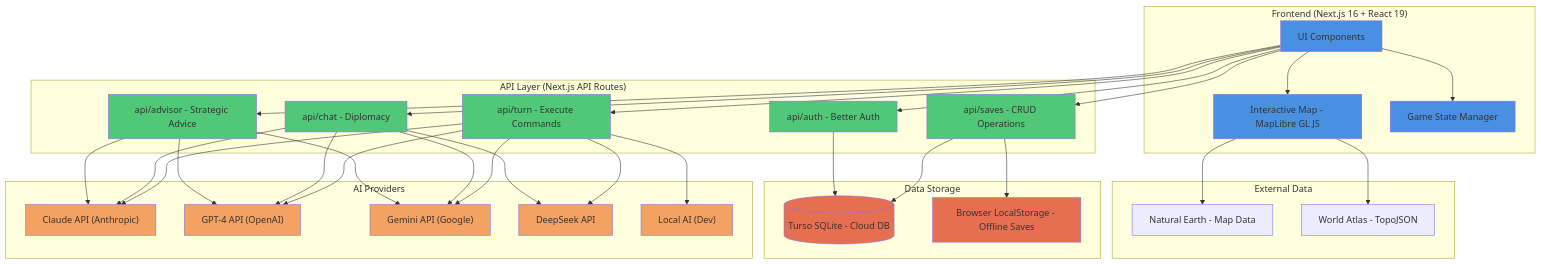
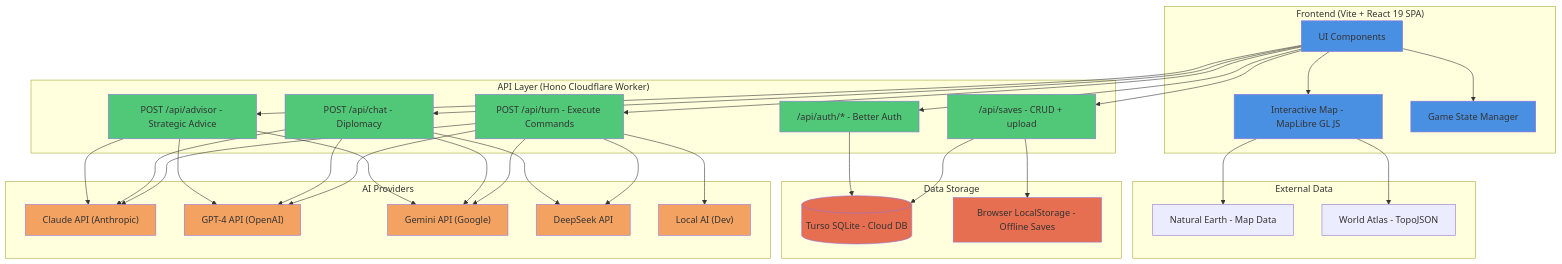
One commit to sarthak-fleet/open-historia changed the diagram in README.md. Above: the diagram before and after it, drawn with Mermaid. The commit also changed other lines of this file and 2 other files, not shown here.

First line of the commit message:
docs: realign README/AGENTS to Vite SPA + Hono worker stack

````diff
--- a/README.md
+++ b/README.md
@@ -62,77 +62,77 @@
 ```mermaid
 graph TB
-    subgraph "Frontend (Next.js 16 + React 19)"
+    subgraph "Frontend (Vite + React 19 SPA)"
         UI["UI Components"]
         Map["Interactive Map - MapLibre GL JS"]
         Game["Game State Manager"]
         UI --> Map
         UI --> Game
     end
 
-    subgraph "API Layer (Next.js API Routes)"
-        Turn["api/turn - Execute Commands"]
-        Chat["api/chat - Diplomacy"]
-        Advisor["api/advisor - Strategic Advice"]
-        Auth["api/auth - Better Auth"]
-        Saves["api/saves - CRUD Operations"]
+    subgraph "API Layer (Hono Cloudflare Worker)"
+        Turn["POST /api/turn - Execute Commands"]
+        Chat["POST /api/chat - Diplomacy"]
+        Advisor["POST /api/advisor - Strategic Advice"]
+        Auth["/api/auth/* - Better Auth"]
+        Saves["/api/saves - CRUD + upload"]
     end
 
     subgraph "AI Providers"
         Claude["Claude API (Anthropic)"]
         GPT["GPT-4 API (OpenAI)"]
         Gemini["Gemini API (Google)"]
         DeepSeek["DeepSeek API"]
         Local["Local AI (Dev)"]
     end
 
     subgraph "Data Storage"
         Turso[("Turso SQLite - Cloud DB")]
         LocalStorage["Browser LocalStorage - Offline Saves"]
     end
 
     subgraph "External Data"
         NaturalEarth["Natural Earth - Map Data"]
         WorldAtlas["World Atlas - TopoJSON"]
     end
 
     UI --> Turn
     UI --> Chat
     UI --> Advisor
     UI --> Auth
     UI --> Saves
     Map --> NaturalEarth
     Map --> WorldAtlas
 
     Turn --> Claude
     Turn --> GPT
     Turn --> Gemini
     Turn --> DeepSeek
     Turn --> Local
     Chat --> Claude
     Chat --> GPT
     Chat --> Gemini
     Chat --> DeepSeek
     Advisor --> Claude
     Advisor --> GPT
     Advisor --> Gemini
 
     Saves --> Turso
     Saves --> LocalStorage
     Auth --> Turso
 
     style UI fill:#4a90e2
     style Map fill:#4a90e2
     style Game fill:#4a90e2
     style Turn fill:#50c878
     style Chat fill:#50c878
     style Advisor fill:#50c878
     style Auth fill:#50c878
     style Saves fill:#50c878
     style Claude fill:#f4a261
     style GPT fill:#f4a261
     style Gemini fill:#f4a261
     style DeepSeek fill:#f4a261
     style Local fill:#f4a261
     style Turso fill:#e76f51
     style LocalStorage fill:#e76f51
 ```
````
